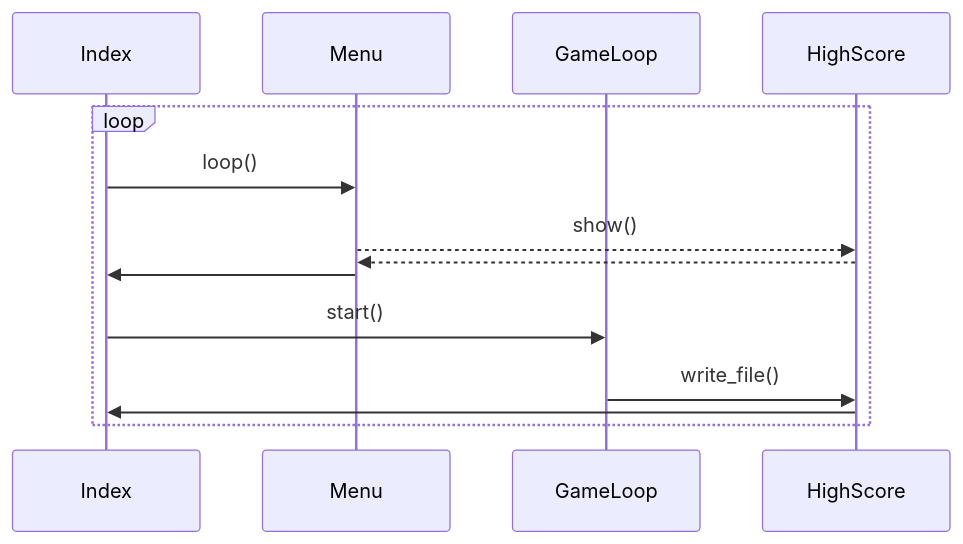
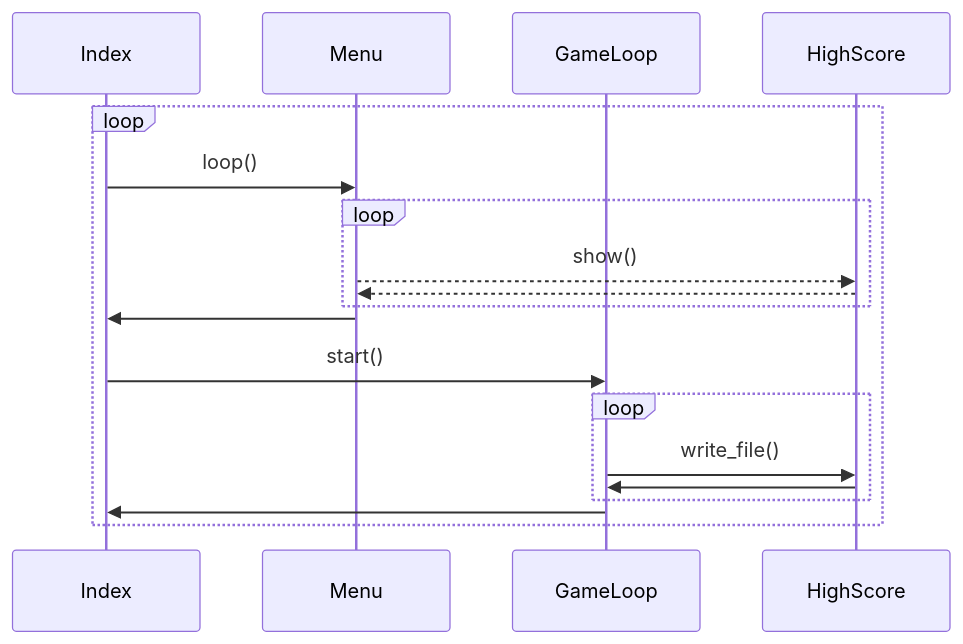
One commit to VilleJuhan1/ot-harjoitustyo changed the second of 2 diagrams in dokumentaatio/arkkitehtuuri.md. Above: the diagram before and after it, drawn with Mermaid.

````diff
--- a/dokumentaatio/arkkitehtuuri.md
+++ b/dokumentaatio/arkkitehtuuri.md
@@ -40,16 +40,21 @@
 ```mermaid
 sequenceDiagram
     participant Index
     participant Menu
     participant GameLoop
     participant HighScore
     loop
     Index->>Menu: loop()
+    loop
     Menu-->>HighScore: show()
     HighScore-->>Menu: 
+    end
     Menu->>Index: 
     Index->>GameLoop: start()
+    loop
     GameLoop->>HighScore: write_file()
-    HighScore->>Index: 
+    HighScore->>GameLoop:
+    end 
+    GameLoop->>Index:  
     end
 ```
````
